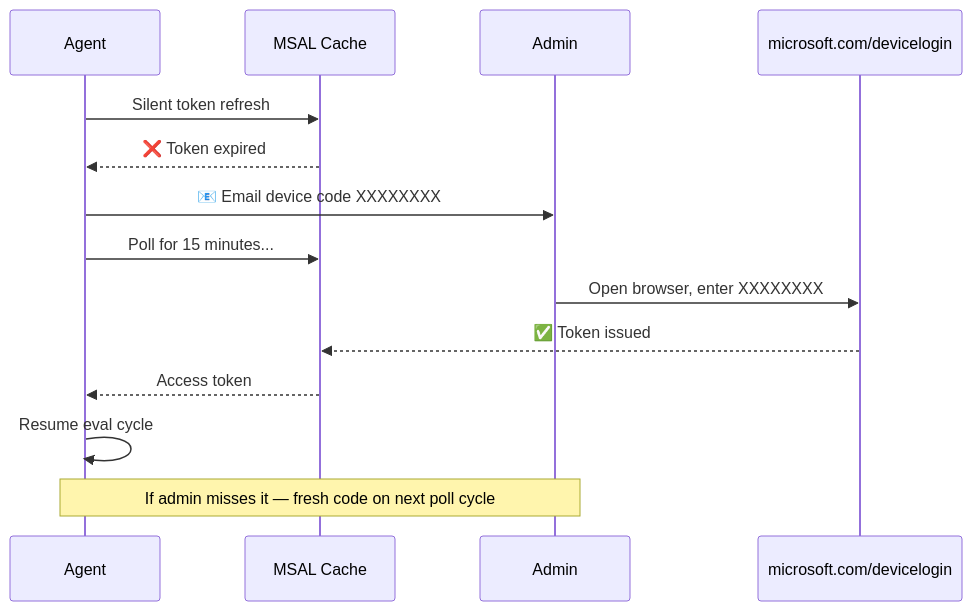
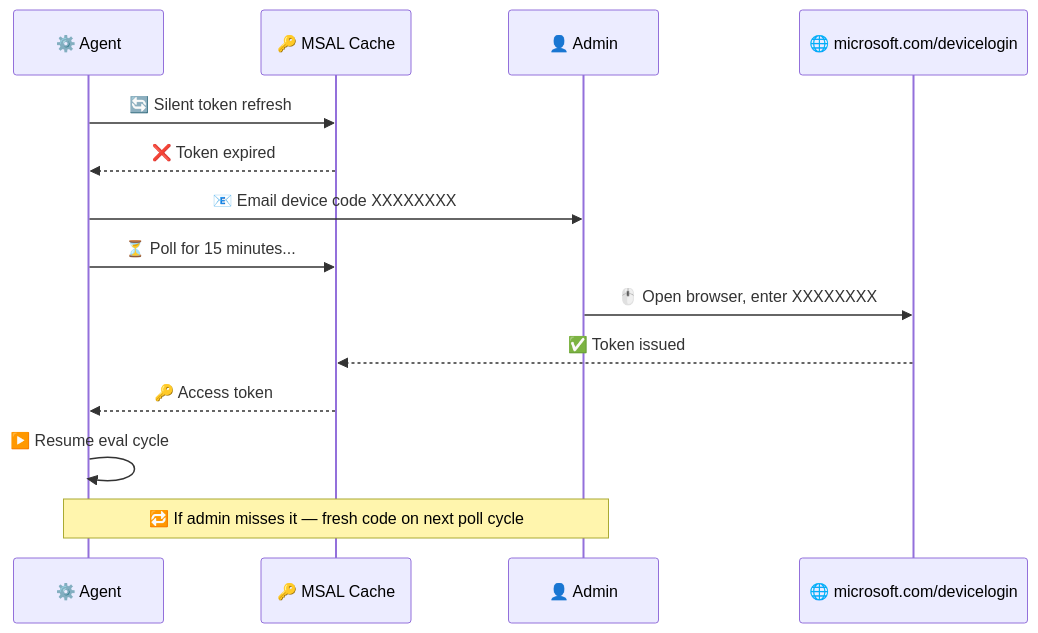
One commit to kaul-vineet/LLMDriftTracker changed the third of 3 diagrams in README.md. Above: the diagram before and after it, drawn with Mermaid. The commit also changed other lines of this file, not shown here.

````diff
--- a/README.md
+++ b/README.md
@@ -369,17 +370,17 @@
 ```mermaid
 sequenceDiagram
-    participant Agent
-    participant MSAL as MSAL Cache
-    participant Admin
-    participant MS as microsoft.com/devicelogin
+    participant Agent as ⚙️ Agent
+    participant MSAL as 🔑 MSAL Cache
+    participant Admin as 👤 Admin
+    participant MS as 🌐 microsoft.com/devicelogin
 
-    Agent->>MSAL: Silent token refresh
+    Agent->>MSAL: 🔄 Silent token refresh
     MSAL-->>Agent: ❌ Token expired
     Agent->>Admin: 📧 Email device code XXXXXXXX
-    Agent->>MSAL: Poll for 15 minutes...
-    Admin->>MS: Open browser, enter XXXXXXXX
+    Agent->>MSAL: ⏳ Poll for 15 minutes...
+    Admin->>MS: 🖱️ Open browser, enter XXXXXXXX
     MS-->>MSAL: ✅ Token issued
-    MSAL-->>Agent: Access token
-    Agent->>Agent: Resume eval cycle
-    Note over Agent,Admin: If admin misses it — fresh code on next poll cycle
+    MSAL-->>Agent: 🔑 Access token
+    Agent->>Agent: ▶️ Resume eval cycle
+    Note over Agent,Admin: 🔁 If admin misses it — fresh code on next poll cycle
 ```
````
